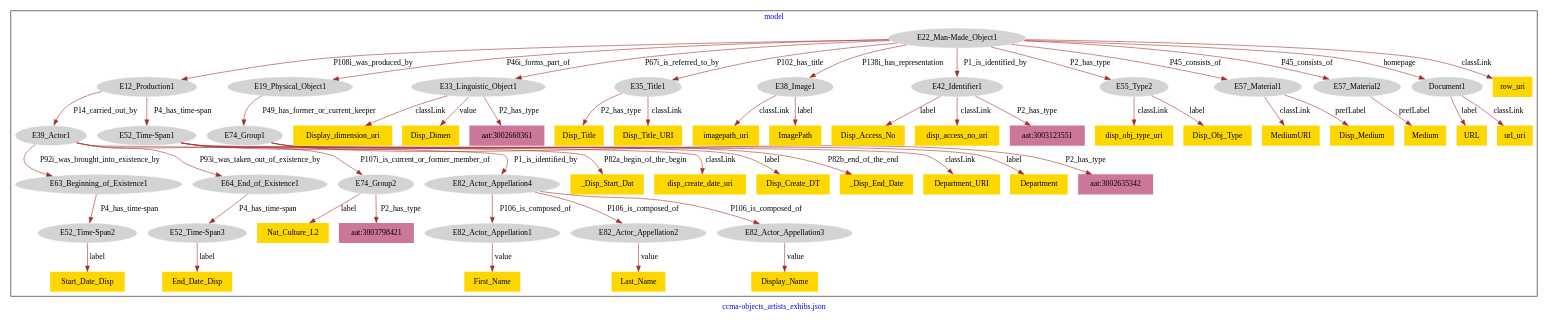
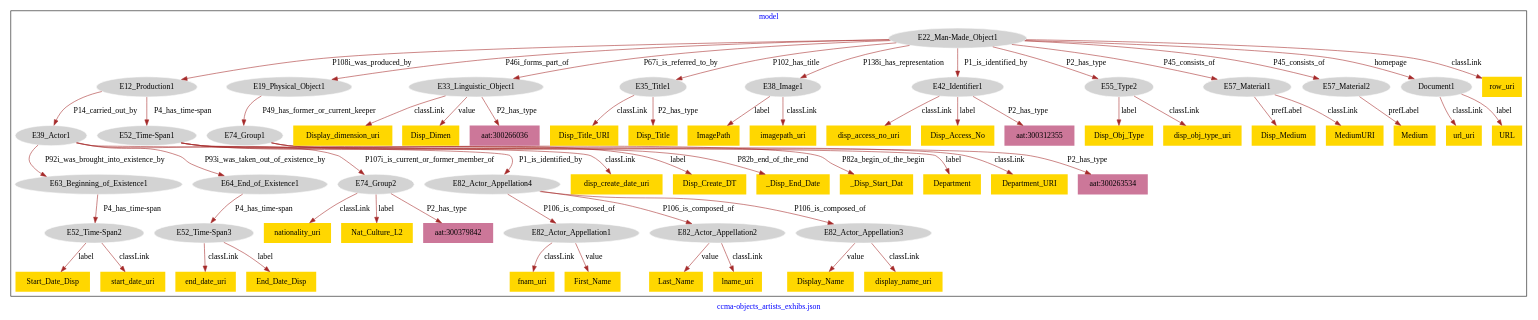
One commit to american-art/ccma changed the diagram in ccmadata/ccma-museum-model.dot. Above: the diagram before and after it, drawn with Graphviz.

Commit message:
Update file ccma-museum-model.dot

```diff
--- a/ccmadata/ccma-museum-model.dot
+++ b/ccmadata/ccma-museum-model.dot
@@ -1,117 +1,129 @@
 digraph n0 {
 fontcolor="blue"
 remincross="true"
 label="ccma-objects_artists_exhibs.json"
 subgraph cluster {
 label="model"
 n2[style="filled",color="white",fillcolor="lightgray",label="E12_Production1"];
 n3[style="filled",color="white",fillcolor="lightgray",label="E39_Actor1"];
 n4[style="filled",color="white",fillcolor="lightgray",label="E52_Time-Span1"];
 n5[style="filled",color="white",fillcolor="lightgray",label="E19_Physical_Object1"];
 n6[style="filled",color="white",fillcolor="lightgray",label="E74_Group1"];
 n7[style="filled",color="white",fillcolor="lightgray",label="E22_Man-Made_Object1"];
 n8[style="filled",color="white",fillcolor="lightgray",label="E33_Linguistic_Object1"];
 n9[style="filled",color="white",fillcolor="lightgray",label="E35_Title1"];
 n10[style="filled",color="white",fillcolor="lightgray",label="E38_Image1"];
 n11[style="filled",color="white",fillcolor="lightgray",label="E42_Identifier1"];
 n12[style="filled",color="white",fillcolor="lightgray",label="E55_Type2"];
 n13[style="filled",color="white",fillcolor="lightgray",label="E57_Material1"];
 n14[style="filled",color="white",fillcolor="lightgray",label="E57_Material2"];
 n15[style="filled",color="white",fillcolor="lightgray",label="Document1"];
 n16[style="filled",color="white",fillcolor="lightgray",label="E63_Beginning_of_Existence1"];
 n17[style="filled",color="white",fillcolor="lightgray",label="E64_End_of_Existence1"];
 n18[style="filled",color="white",fillcolor="lightgray",label="E74_Group2"];
 n19[style="filled",color="white",fillcolor="lightgray",label="E82_Actor_Appellation4"];
 n20[style="filled",color="white",fillcolor="lightgray",label="E52_Time-Span2"];
 n21[style="filled",color="white",fillcolor="lightgray",label="E52_Time-Span3"];
 n22[style="filled",color="white",fillcolor="lightgray",label="E82_Actor_Appellation1"];
 n23[style="filled",color="white",fillcolor="lightgray",label="E82_Actor_Appellation2"];
 n24[style="filled",color="white",fillcolor="lightgray",label="E82_Actor_Appellation3"];
-n25[shape="plaintext",style="filled",fillcolor="gold",label="URL"];
-n26[shape="plaintext",style="filled",fillcolor="gold",label="Disp_Title"];
-n27[shape="plaintext",style="filled",fillcolor="gold",label="Display_dimension_uri"];
-n28[shape="plaintext",style="filled",fillcolor="gold",label="_Disp_Start_Dat"];
-n29[shape="plaintext",style="filled",fillcolor="gold",label="MediumURI"];
-n30[shape="plaintext",style="filled",fillcolor="gold",label="Disp_Access_No"];
-n31[shape="plaintext",style="filled",fillcolor="gold",label="disp_obj_type_uri"];
-n32[shape="plaintext",style="filled",fillcolor="gold",label="Display_Name"];
-n33[shape="plaintext",style="filled",fillcolor="gold",label="disp_create_date_uri"];
-n34[shape="plaintext",style="filled",fillcolor="gold",label="Medium"];
-n35[shape="plaintext",style="filled",fillcolor="gold",label="Disp_Dimen"];
-n36[shape="plaintext",style="filled",fillcolor="gold",label="Disp_Create_DT"];
-n37[shape="plaintext",style="filled",fillcolor="gold",label="End_Date_Disp"];
-n38[shape="plaintext",style="filled",fillcolor="gold",label="Disp_Title_URI"];
-n39[shape="plaintext",style="filled",fillcolor="gold",label="Nat_Culture_L2"];
-n40[shape="plaintext",style="filled",fillcolor="gold",label="imagepath_uri"];
-n41[shape="plaintext",style="filled",fillcolor="gold",label="disp_access_no_uri"];
-n42[shape="plaintext",style="filled",fillcolor="gold",label="First_Name"];
+n25[shape="plaintext",style="filled",fillcolor="gold",label="Disp_Title_URI"];
+n26[shape="plaintext",style="filled",fillcolor="gold",label="Disp_Obj_Type"];
+n27[shape="plaintext",style="filled",fillcolor="gold",label="disp_create_date_uri"];
+n28[shape="plaintext",style="filled",fillcolor="gold",label="disp_access_no_uri"];
+n29[shape="plaintext",style="filled",fillcolor="gold",label="Medium"];
+n30[shape="plaintext",style="filled",fillcolor="gold",label="ImagePath"];
+n31[shape="plaintext",style="filled",fillcolor="gold",label="Disp_Create_DT"];
+n32[shape="plaintext",style="filled",fillcolor="gold",label="Disp_Medium"];
+n33[shape="plaintext",style="filled",fillcolor="gold",label="_Disp_End_Date"];
+n34[shape="plaintext",style="filled",fillcolor="gold",label="nationality_uri"];
+n35[shape="plaintext",style="filled",fillcolor="gold",label="fnam_uri"];
+n36[shape="plaintext",style="filled",fillcolor="gold",label="First_Name"];
+n37[shape="plaintext",style="filled",fillcolor="gold",label="Start_Date_Disp"];
+n38[shape="plaintext",style="filled",fillcolor="gold",label="Disp_Title"];
+n39[shape="plaintext",style="filled",fillcolor="gold",label="_Disp_Start_Dat"];
+n40[shape="plaintext",style="filled",fillcolor="gold",label="Display_Name"];
+n41[shape="plaintext",style="filled",fillcolor="gold",label="MediumURI"];
+n42[shape="plaintext",style="filled",fillcolor="gold",label="Disp_Access_No"];
 n43[shape="plaintext",style="filled",fillcolor="gold",label="Last_Name"];
-n44[shape="plaintext",style="filled",fillcolor="gold",label="Department_URI"];
-n45[shape="plaintext",style="filled",fillcolor="gold",label="ImagePath"];
-n46[shape="plaintext",style="filled",fillcolor="gold",label="Disp_Medium"];
-n47[shape="plaintext",style="filled",fillcolor="gold",label="_Disp_End_Date"];
-n48[shape="plaintext",style="filled",fillcolor="gold",label="Disp_Obj_Type"];
-n49[shape="plaintext",style="filled",fillcolor="gold",label="row_uri"];
-n50[shape="plaintext",style="filled",fillcolor="gold",label="Department"];
-n51[shape="plaintext",style="filled",fillcolor="gold",label="Start_Date_Disp"];
-n52[shape="plaintext",style="filled",fillcolor="gold",label="url_uri"];
-n53[shape="plaintext",style="filled",fillcolor="#CC7799",label="aat:3003798421"];
-n54[shape="plaintext",style="filled",fillcolor="#CC7799",label="aat:3002635342"];
-n55[shape="plaintext",style="filled",fillcolor="#CC7799",label="aat:3003123551"];
-n56[shape="plaintext",style="filled",fillcolor="#CC7799",label="aat:3002660361"];
+n44[shape="plaintext",style="filled",fillcolor="gold",label="url_uri"];
+n45[shape="plaintext",style="filled",fillcolor="gold",label="Display_dimension_uri"];
+n46[shape="plaintext",style="filled",fillcolor="gold",label="disp_obj_type_uri"];
+n47[shape="plaintext",style="filled",fillcolor="gold",label="Department"];
+n48[shape="plaintext",style="filled",fillcolor="gold",label="URL"];
+n49[shape="plaintext",style="filled",fillcolor="gold",label="start_date_uri"];
+n50[shape="plaintext",style="filled",fillcolor="gold",label="end_date_uri"];
+n51[shape="plaintext",style="filled",fillcolor="gold",label="lname_uri"];
+n52[shape="plaintext",style="filled",fillcolor="gold",label="row_uri"];
+n53[shape="plaintext",style="filled",fillcolor="gold",label="Department_URI"];
+n54[shape="plaintext",style="filled",fillcolor="gold",label="imagepath_uri"];
+n55[shape="plaintext",style="filled",fillcolor="gold",label="Disp_Dimen"];
+n56[shape="plaintext",style="filled",fillcolor="gold",label="Nat_Culture_L2"];
+n57[shape="plaintext",style="filled",fillcolor="gold",label="display_name_uri"];
+n58[shape="plaintext",style="filled",fillcolor="gold",label="End_Date_Disp"];
+n59[shape="plaintext",style="filled",fillcolor="#CC7799",label="aat:300379842"];
+n60[shape="plaintext",style="filled",fillcolor="#CC7799",label="aat:300263534"];
+n61[shape="plaintext",style="filled",fillcolor="#CC7799",label="aat:300312355"];
+n62[shape="plaintext",style="filled",fillcolor="#CC7799",label="aat:300266036"];
 }
 n2 -> n3[color="brown",fontcolor="black",label="P14_carried_out_by"]
 n2 -> n4[color="brown",fontcolor="black",label="P4_has_time-span"]
 n5 -> n6[color="brown",fontcolor="black",label="P49_has_former_or_current_keeper"]
 n7 -> n2[color="brown",fontcolor="black",label="P108i_was_produced_by"]
 n7 -> n5[color="brown",fontcolor="black",label="P46i_forms_part_of"]
 n7 -> n8[color="brown",fontcolor="black",label="P67i_is_referred_to_by"]
 n7 -> n9[color="brown",fontcolor="black",label="P102_has_title"]
 n7 -> n10[color="brown",fontcolor="black",label="P138i_has_representation"]
 n7 -> n11[color="brown",fontcolor="black",label="P1_is_identified_by"]
 n7 -> n12[color="brown",fontcolor="black",label="P2_has_type"]
 n7 -> n13[color="brown",fontcolor="black",label="P45_consists_of"]
 n7 -> n14[color="brown",fontcolor="black",label="P45_consists_of"]
 n7 -> n15[color="brown",fontcolor="black",label="homepage"]
 n3 -> n16[color="brown",fontcolor="black",label="P92i_was_brought_into_existence_by"]
 n3 -> n17[color="brown",fontcolor="black",label="P93i_was_taken_out_of_existence_by"]
 n3 -> n18[color="brown",fontcolor="black",label="P107i_is_current_or_former_member_of"]
 n3 -> n19[color="brown",fontcolor="black",label="P1_is_identified_by"]
 n16 -> n20[color="brown",fontcolor="black",label="P4_has_time-span"]
 n17 -> n21[color="brown",fontcolor="black",label="P4_has_time-span"]
 n19 -> n22[color="brown",fontcolor="black",label="P106_is_composed_of"]
 n19 -> n23[color="brown",fontcolor="black",label="P106_is_composed_of"]
 n19 -> n24[color="brown",fontcolor="black",label="P106_is_composed_of"]
-n15 -> n25[color="brown",fontcolor="black",label="label"]
-n9 -> n26[color="brown",fontcolor="black",label="P2_has_type"]
-n8 -> n27[color="brown",fontcolor="black",label="classLink"]
-n4 -> n28[color="brown",fontcolor="black",label="P82a_begin_of_the_begin"]
-n13 -> n29[color="brown",fontcolor="black",label="classLink"]
-n11 -> n30[color="brown",fontcolor="black",label="label"]
-n12 -> n31[color="brown",fontcolor="black",label="classLink"]
-n24 -> n32[color="brown",fontcolor="black",label="value"]
-n4 -> n33[color="brown",fontcolor="black",label="classLink"]
-n14 -> n34[color="brown",fontcolor="black",label="prefLabel"]
-n8 -> n35[color="brown",fontcolor="black",label="value"]
-n4 -> n36[color="brown",fontcolor="black",label="label"]
-n21 -> n37[color="brown",fontcolor="black",label="label"]
-n9 -> n38[color="brown",fontcolor="black",label="classLink"]
-n18 -> n39[color="brown",fontcolor="black",label="label"]
-n10 -> n40[color="brown",fontcolor="black",label="classLink"]
-n11 -> n41[color="brown",fontcolor="black",label="classLink"]
-n22 -> n42[color="brown",fontcolor="black",label="value"]
+n9 -> n25[color="brown",fontcolor="black",label="classLink"]
+n12 -> n26[color="brown",fontcolor="black",label="label"]
+n4 -> n27[color="brown",fontcolor="black",label="classLink"]
+n11 -> n28[color="brown",fontcolor="black",label="classLink"]
+n14 -> n29[color="brown",fontcolor="black",label="prefLabel"]
+n10 -> n30[color="brown",fontcolor="black",label="label"]
+n4 -> n31[color="brown",fontcolor="black",label="label"]
+n13 -> n32[color="brown",fontcolor="black",label="prefLabel"]
+n4 -> n33[color="brown",fontcolor="black",label="P82b_end_of_the_end"]
+n18 -> n34[color="brown",fontcolor="black",label="classLink"]
+n22 -> n35[color="brown",fontcolor="black",label="classLink"]
+n22 -> n36[color="brown",fontcolor="black",label="value"]
+n20 -> n37[color="brown",fontcolor="black",label="label"]
+n9 -> n38[color="brown",fontcolor="black",label="P2_has_type"]
+n4 -> n39[color="brown",fontcolor="black",label="P82a_begin_of_the_begin"]
+n24 -> n40[color="brown",fontcolor="black",label="value"]
+n13 -> n41[color="brown",fontcolor="black",label="classLink"]
+n11 -> n42[color="brown",fontcolor="black",label="label"]
 n23 -> n43[color="brown",fontcolor="black",label="value"]
-n6 -> n44[color="brown",fontcolor="black",label="classLink"]
-n10 -> n45[color="brown",fontcolor="black",label="label"]
-n13 -> n46[color="brown",fontcolor="black",label="prefLabel"]
-n4 -> n47[color="brown",fontcolor="black",label="P82b_end_of_the_end"]
-n12 -> n48[color="brown",fontcolor="black",label="label"]
-n7 -> n49[color="brown",fontcolor="black",label="classLink"]
-n6 -> n50[color="brown",fontcolor="black",label="label"]
-n20 -> n51[color="brown",fontcolor="black",label="label"]
-n15 -> n52[color="brown",fontcolor="black",label="classLink"]
-n18 -> n53[color="brown",fontcolor="black",label="P2_has_type"]
-n6 -> n54[color="brown",fontcolor="black",label="P2_has_type"]
-n11 -> n55[color="brown",fontcolor="black",label="P2_has_type"]
-n8 -> n56[color="brown",fontcolor="black",label="P2_has_type"]
+n15 -> n44[color="brown",fontcolor="black",label="classLink"]
+n8 -> n45[color="brown",fontcolor="black",label="classLink"]
+n12 -> n46[color="brown",fontcolor="black",label="classLink"]
+n6 -> n47[color="brown",fontcolor="black",label="label"]
+n15 -> n48[color="brown",fontcolor="black",label="label"]
+n20 -> n49[color="brown",fontcolor="black",label="classLink"]
+n21 -> n50[color="brown",fontcolor="black",label="classLink"]
+n23 -> n51[color="brown",fontcolor="black",label="classLink"]
+n7 -> n52[color="brown",fontcolor="black",label="classLink"]
+n6 -> n53[color="brown",fontcolor="black",label="classLink"]
+n10 -> n54[color="brown",fontcolor="black",label="classLink"]
+n8 -> n55[color="brown",fontcolor="black",label="value"]
+n18 -> n56[color="brown",fontcolor="black",label="label"]
+n24 -> n57[color="brown",fontcolor="black",label="classLink"]
+n21 -> n58[color="brown",fontcolor="black",label="label"]
+n18 -> n59[color="brown",fontcolor="black",label="P2_has_type"]
+n6 -> n60[color="brown",fontcolor="black",label="P2_has_type"]
+n11 -> n61[color="brown",fontcolor="black",label="P2_has_type"]
+n8 -> n62[color="brown",fontcolor="black",label="P2_has_type"]
 }
```
